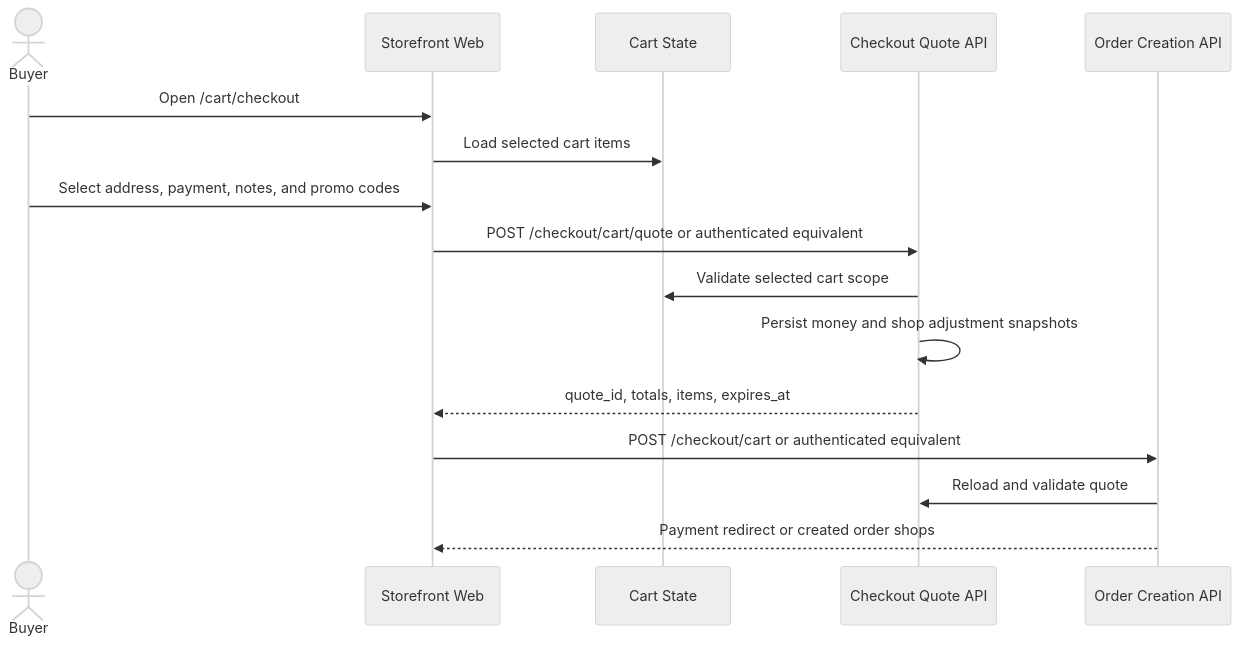
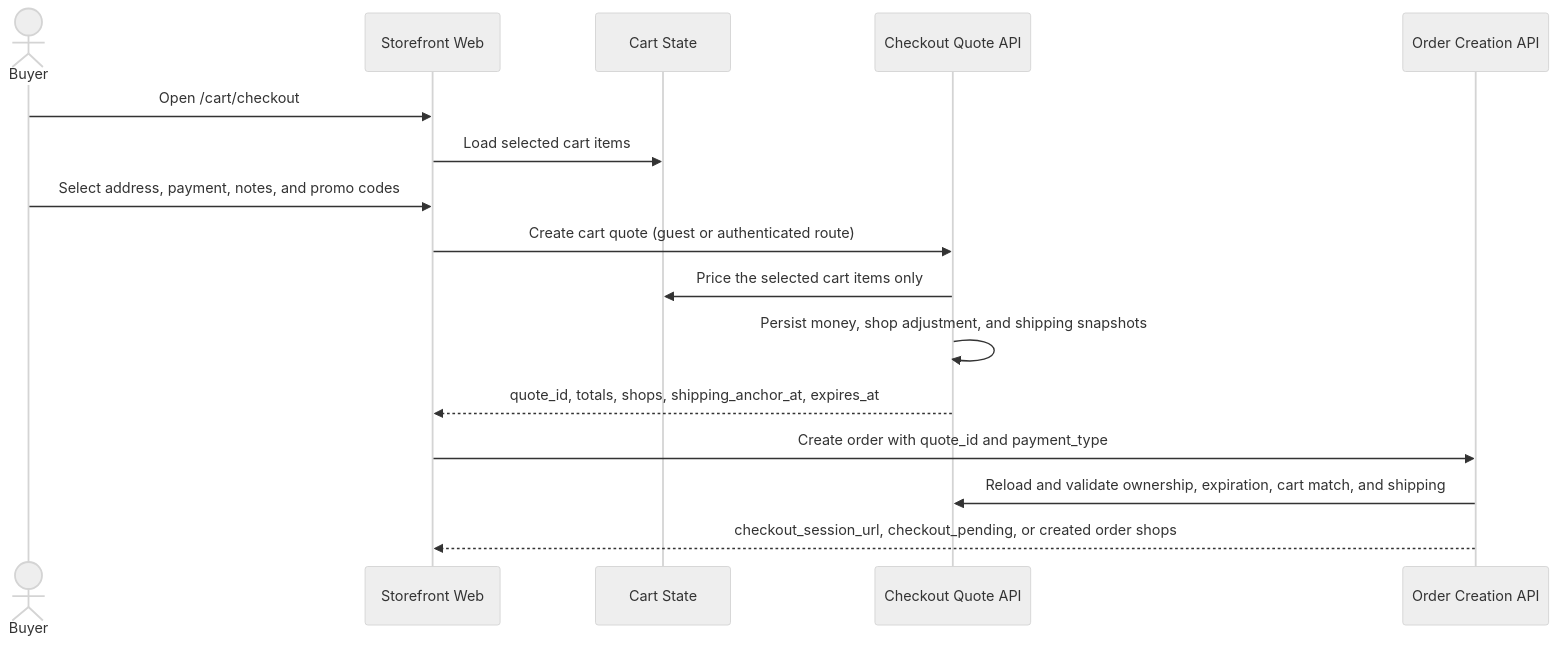
One commit to dauphaihau-arc/arc changed the diagram in docs/features/checkout/flows/cart-checkout.md. Above: the diagram before and after it, drawn with Mermaid (neutral theme). The commit also changed other lines of this file and 19 other files, not shown here.

Commit message:
docs(checkout): align checkout flows with implemented API contracts

````diff
--- a/docs/features/checkout/flows/cart-checkout.md
+++ b/docs/features/checkout/flows/cart-checkout.md
@@ -5,19 +5,19 @@
 ```mermaid
 sequenceDiagram
     actor Buyer
     participant Web as Storefront Web
     participant Cart as Cart State
     participant Quote as Checkout Quote API
     participant Order as Order Creation API
 
     Buyer->>Web: Open /cart/checkout
     Web->>Cart: Load selected cart items
     Buyer->>Web: Select address, payment, notes, and promo codes
-    Web->>Quote: POST /checkout/cart/quote or authenticated equivalent
-    Quote->>Cart: Validate selected cart scope
-    Quote->>Quote: Persist money and shop adjustment snapshots
-    Quote-->>Web: quote_id, totals, items, expires_at
-    Web->>Order: POST /checkout/cart or authenticated equivalent
-    Order->>Quote: Reload and validate quote
-    Order-->>Web: Payment redirect or created order shops
+    Web->>Quote: Create cart quote (guest or authenticated route)
+    Quote->>Cart: Price the selected cart items only
+    Quote->>Quote: Persist money, shop adjustment, and shipping snapshots
+    Quote-->>Web: quote_id, totals, shops, shipping_anchor_at, expires_at
+    Web->>Order: Create order with quote_id and payment_type
+    Order->>Quote: Reload and validate ownership, expiration, cart match, and shipping
+    Order-->>Web: checkout_session_url, checkout_pending, or created order shops
 ```
````
